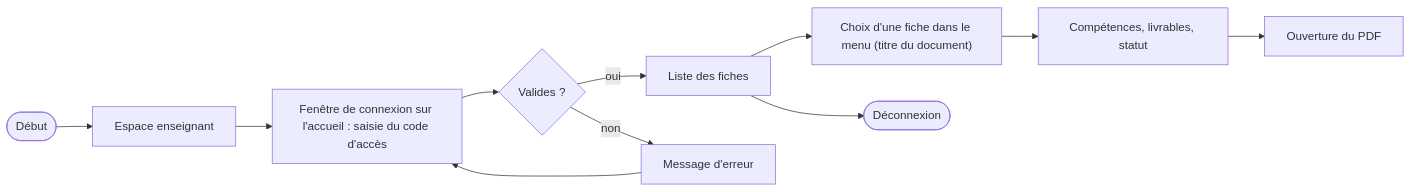
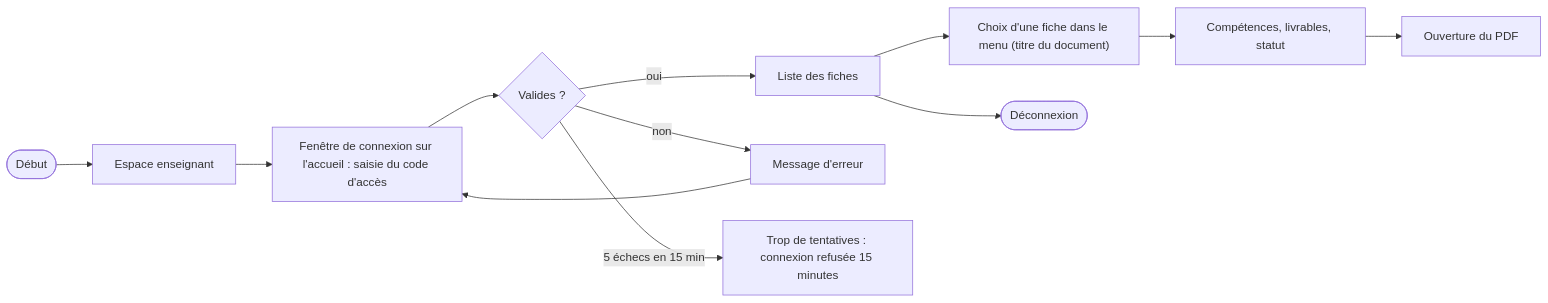
Before and after one commit to Korrighed/portfolio: the third of 6 diagrams in docs/APP-FLOW.md, drawn with Mermaid. The commit also changed 15 other files, not shown here.

````diff
--- a/docs/APP-FLOW.md
+++ b/docs/APP-FLOW.md
@@ -60,13 +60,14 @@
 ```mermaid
 flowchart LR
   A([Début]) --> B["Espace enseignant"]
   B --> C["Fenêtre de connexion sur l'accueil : saisie du code d'accès"]
   C --> D{Valides ?}
   D -- oui --> E["Liste des fiches"]
   D -- non --> F["Message d'erreur"]
   F --> C
+  D -- 5 échecs en 15 min --> L["Trop de tentatives : connexion refusée 15 minutes"]
   E --> G["Choix d'une fiche dans le menu (titre du document)"]
   G --> H["Compétences, livrables, statut"]
   H --> J["Ouverture du PDF"]
   E --> I([Déconnexion])
 ```
````
